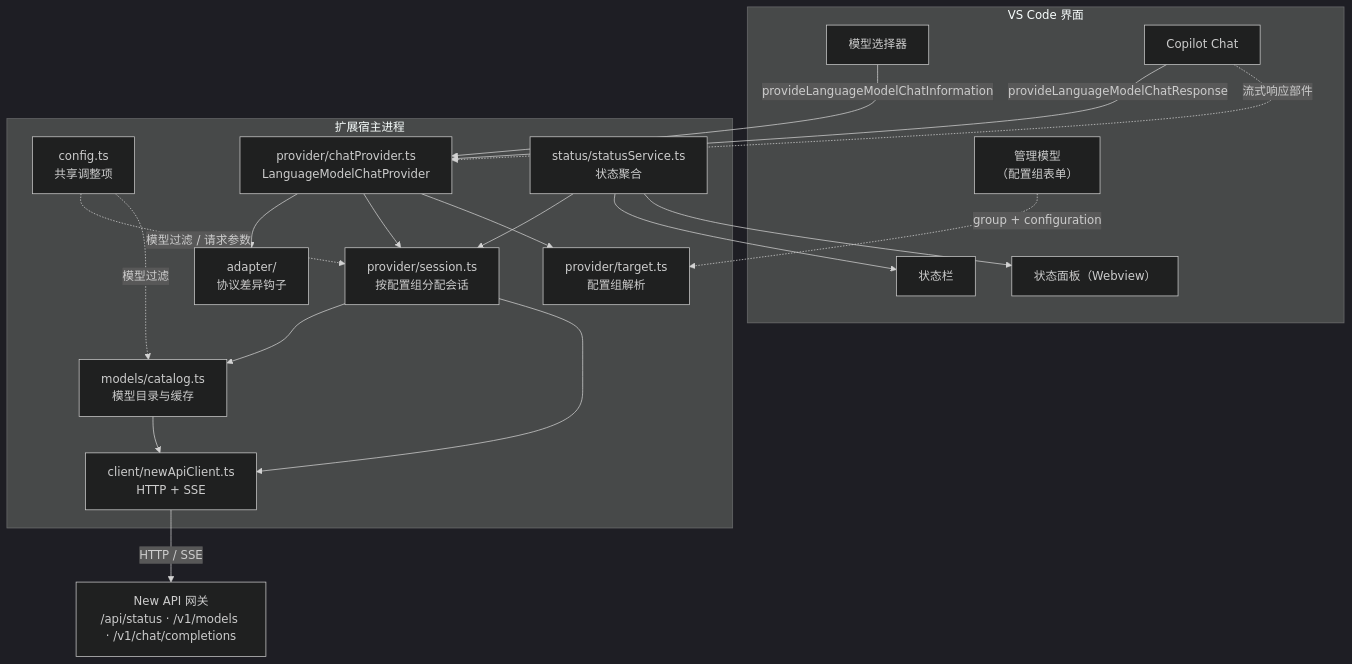
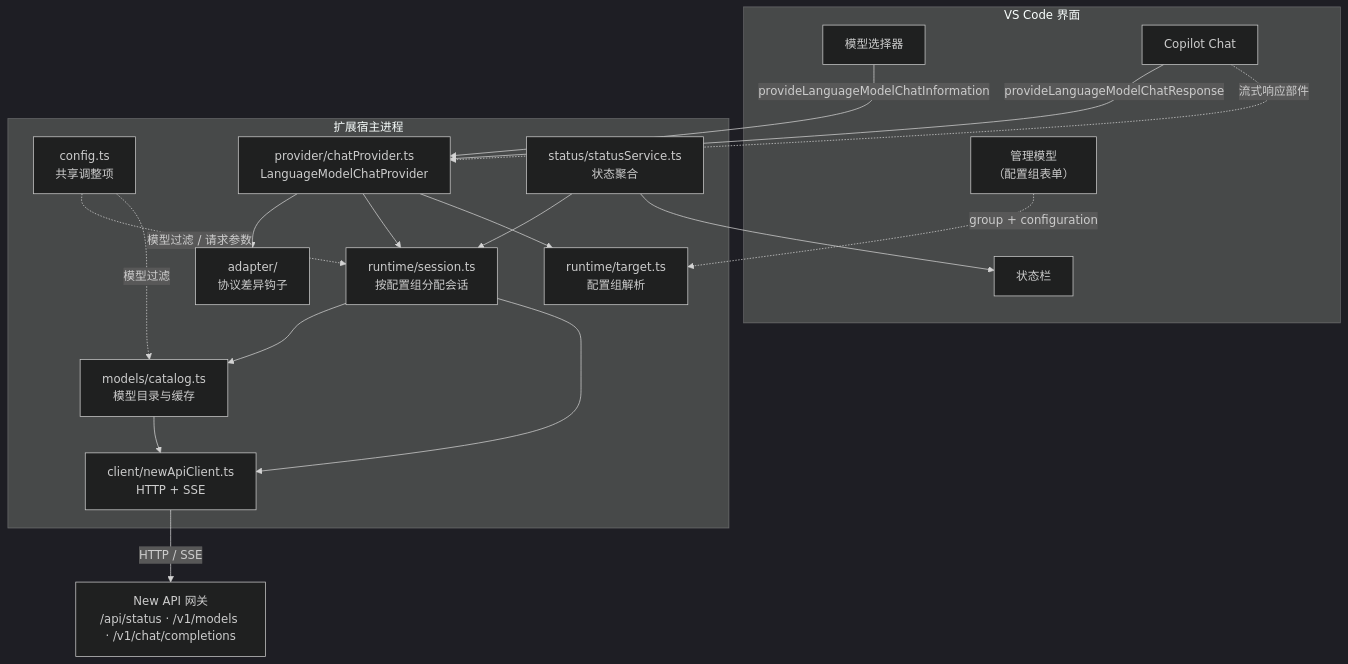
The first of 5 diagrams in docs/ARCHITECTURE.md (zephyraluco/newapi-copilot-chat), drawn with Mermaid (dark theme) before and after one commit. The commit also changed other lines of this file and 26 other files, not shown here.

First line of the commit message:
refactor: drop the status panel and keep only the status bar

````diff
--- a/docs/ARCHITECTURE.md
+++ b/docs/ARCHITECTURE.md
@@ -23,40 +23,38 @@
 ```mermaid
 flowchart TD
     subgraph ui["VS Code 界面"]
         picker["模型选择器"]
         chat["Copilot Chat"]
         manage["管理模型<br/>（配置组表单）"]
         bar["状态栏"]
-        panel["状态面板（Webview）"]
     end
 
     subgraph host["扩展宿主进程"]
         cfg["config.ts<br/>共享调整项"]
-        target["provider/target.ts<br/>配置组解析"]
+        target["runtime/target.ts<br/>配置组解析"]
         provider["provider/chatProvider.ts<br/>LanguageModelChatProvider"]
-        sessions["provider/session.ts<br/>按配置组分配会话"]
+        sessions["runtime/session.ts<br/>按配置组分配会话"]
         catalog["models/catalog.ts<br/>模型目录与缓存"]
         client["client/newApiClient.ts<br/>HTTP + SSE"]
         adapter["adapter/<br/>协议差异钩子"]
         status["status/statusService.ts<br/>状态聚合"]
     end
 
     gateway["New API 网关<br/>/api/status · /v1/models · /v1/chat/completions"]
 
     picker -->|"provideLanguageModelChatInformation"| provider
     chat -->|"provideLanguageModelChatResponse"| provider
     chat -.->|"流式响应部件"| provider
     manage -.->|"group + configuration"| target
     provider --> adapter
     provider --> sessions
     sessions --> catalog
     sessions --> client
     provider --> target
     catalog --> client
     client -->|"HTTP / SSE"| gateway
     status --> sessions
     status --> bar
-    status --> panel
     cfg -.->|"模型过滤 / 请求参数"| sessions
     cfg -.->|"模型过滤"| catalog
 ```
````
